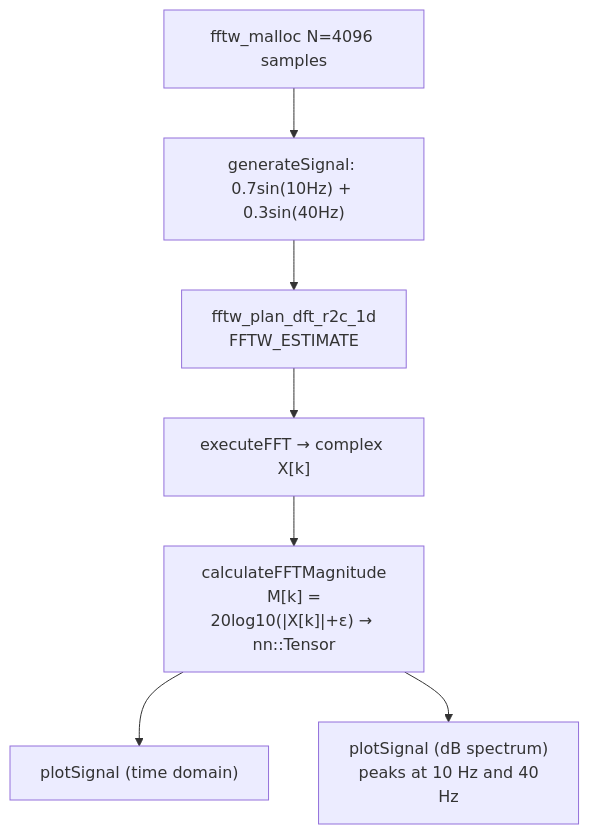
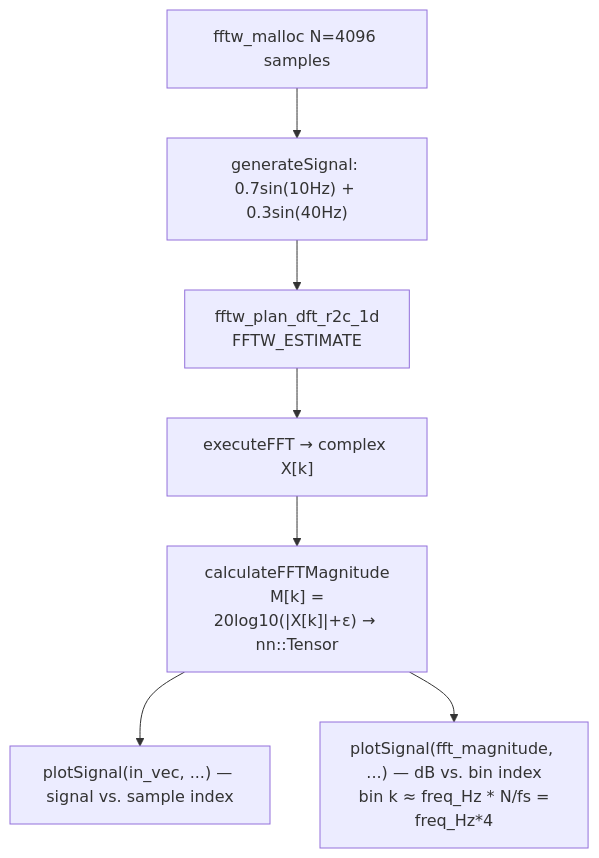
Before and after one commit to ensismoebius/doutorado: the diagram in software/nn/.wiki/Demos/fft-demo.md, drawn with Mermaid. The commit also changed other lines of this file and 50 other files, not shown here.

````diff
--- a/software/nn/.wiki/Demos/fft-demo.md
+++ b/software/nn/.wiki/Demos/fft-demo.md
@@ -41,9 +41,9 @@
 ```mermaid
 flowchart TD
     A["fftw_malloc N=4096 samples"] --> B["generateSignal: 0.7sin(10Hz) + 0.3sin(40Hz)"]
     B --> C["fftw_plan_dft_r2c_1d\n FFTW_ESTIMATE"]
     C --> D["executeFFT → complex X[k]"]
     D --> E["calculateFFTMagnitude\n M[k] = 20log10(|X[k]|+ε) → nn::Tensor"]
-    E --> F["plotSignal (time domain)"]
-    E --> G["plotSignal (dB spectrum)\n peaks at 10 Hz and 40 Hz"]
+    E --> F["plotSignal(in_vec, ...) — signal vs. sample index"]
+    E --> G["plotSignal(fft_magnitude, ...) — dB vs. bin index\n bin k ≈ freq_Hz * N/fs = freq_Hz*4"]
 ```
````
